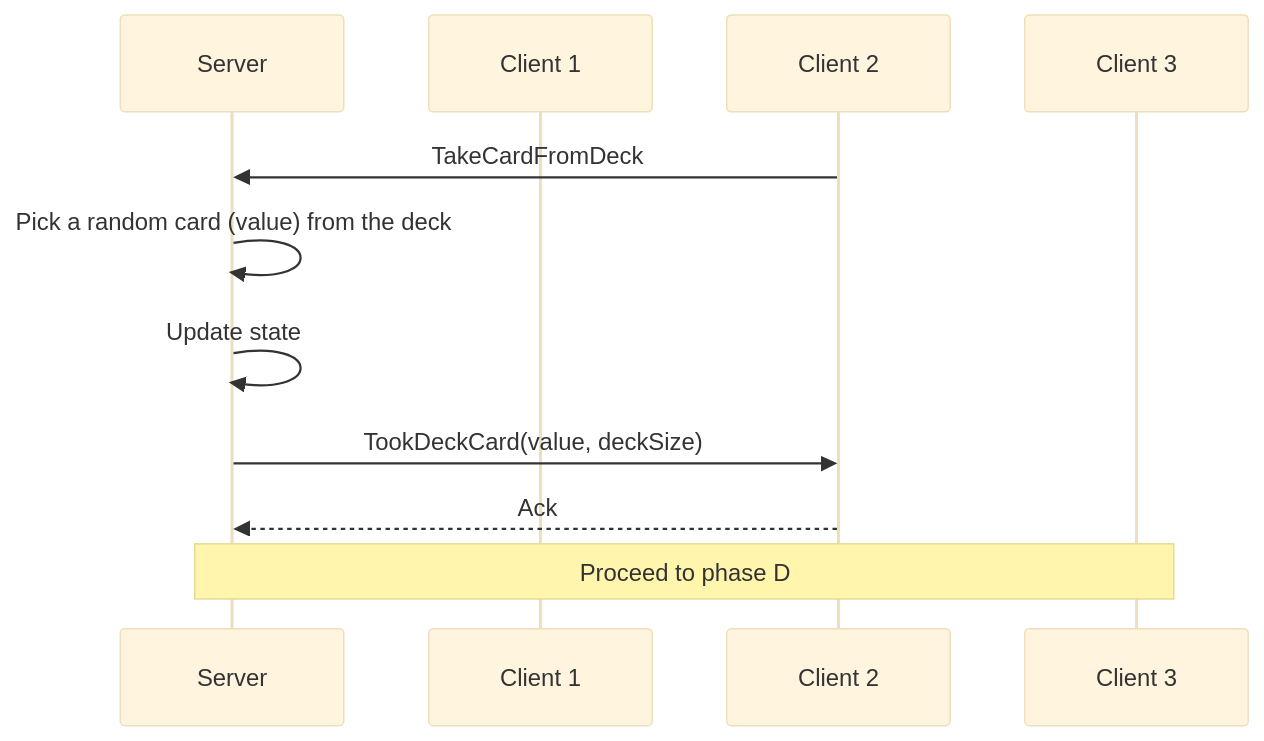
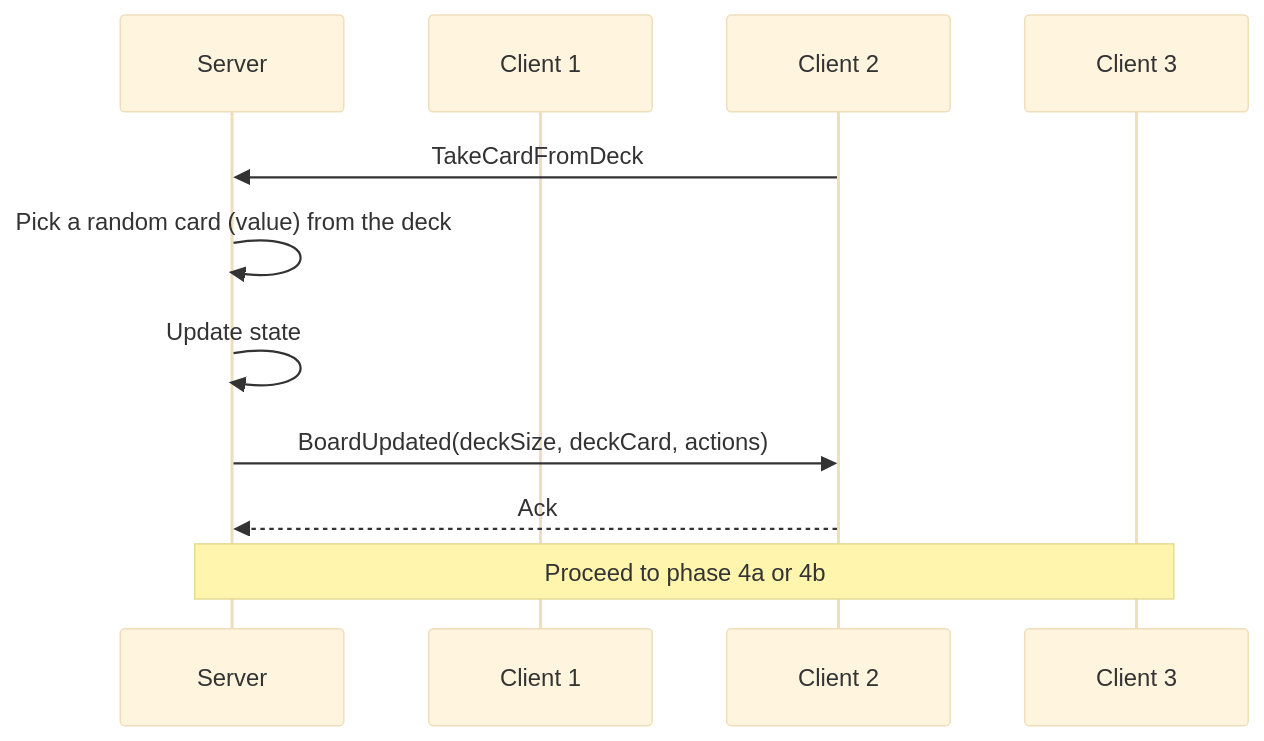
One commit to roman-zubarevich/another changed the fourth of 15 diagrams in README.md. Above: the diagram before and after it, drawn with Mermaid (base theme). The commit also changed other lines of this file, not shown here.

````diff
--- a/README.md
+++ b/README.md
@@ -129,13 +131,13 @@
 ```mermaid
 sequenceDiagram
     participant S as Server
     participant C1 as Client 1
     participant C2 as Client 2
     participant C3 as Client 3
     C2->>S: TakeCardFromDeck
     S->>S: Pick a random card (value) from the deck
     S->>S: Update state
-    S->>C2: TookDeckCard(value, deckSize)
+    S->>C2: BoardUpdated(deckSize, deckCard, actions)
     C2-->>S: Ack
-    Note over S,C3: Proceed to phase D
+    Note over S,C3: Proceed to phase 4a or 4b
 ```
````
